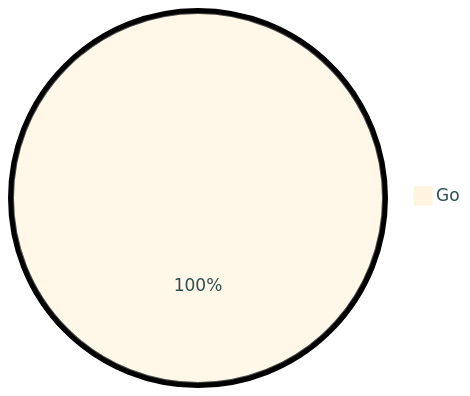
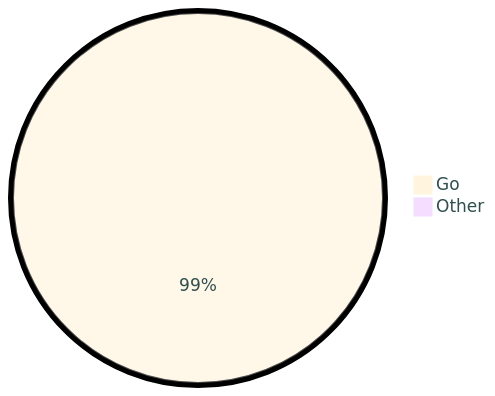
One commit to tot0p/tot0p changed the diagram in README.md. Above: the diagram before and after it, drawn with Mermaid. The commit also changed other lines of this file, not shown here.

````diff
--- a/README.md
+++ b/README.md
@@ -113,5 +114,6 @@
 ```mermaid
 %%{init: {"pie": {"textPosition": 0.5}, "themeVariables": {"pieOuterStrokeWidth": "5px","primaryTextColor" : "#2F4F4F"},"theme":"base"} }%%
 pie
-	"Go": 100.0
+	"Go": 99.22
+	"Other": 0.78
 ```
````
